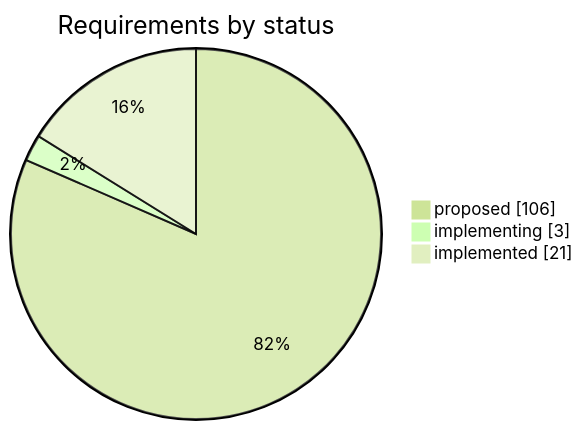
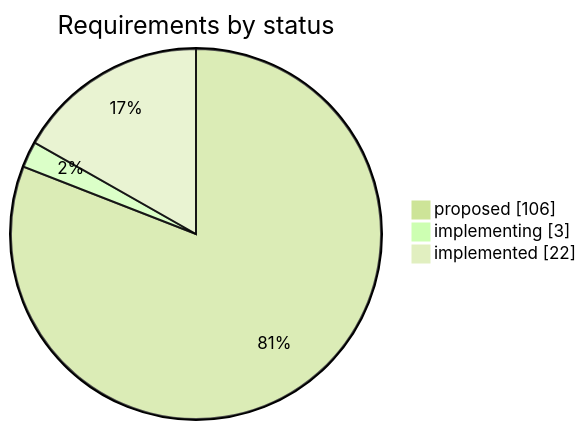
One commit to iammaxsu/automatic-testing-architecture changed the first of 2 diagrams in STATUS.md. Above: the diagram before and after it, drawn with Mermaid (forest theme). The commit also changed other lines of this file and 9 other files, not shown here.

````diff
--- a/STATUS.md
+++ b/STATUS.md
@@ -25,6 +25,6 @@
 ```mermaid
 pie showData title Requirements by status
     "proposed" : 106
     "implementing" : 3
-    "implemented" : 21
+    "implemented" : 22
 ```
````
